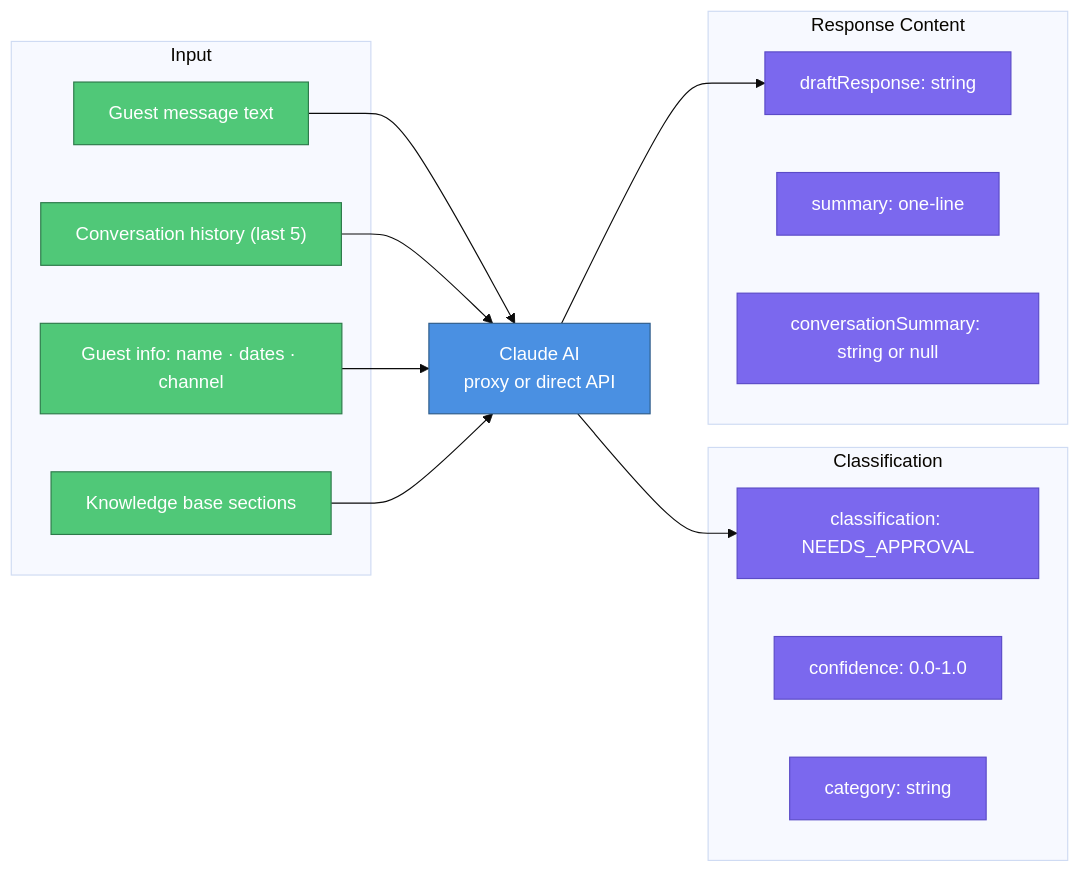
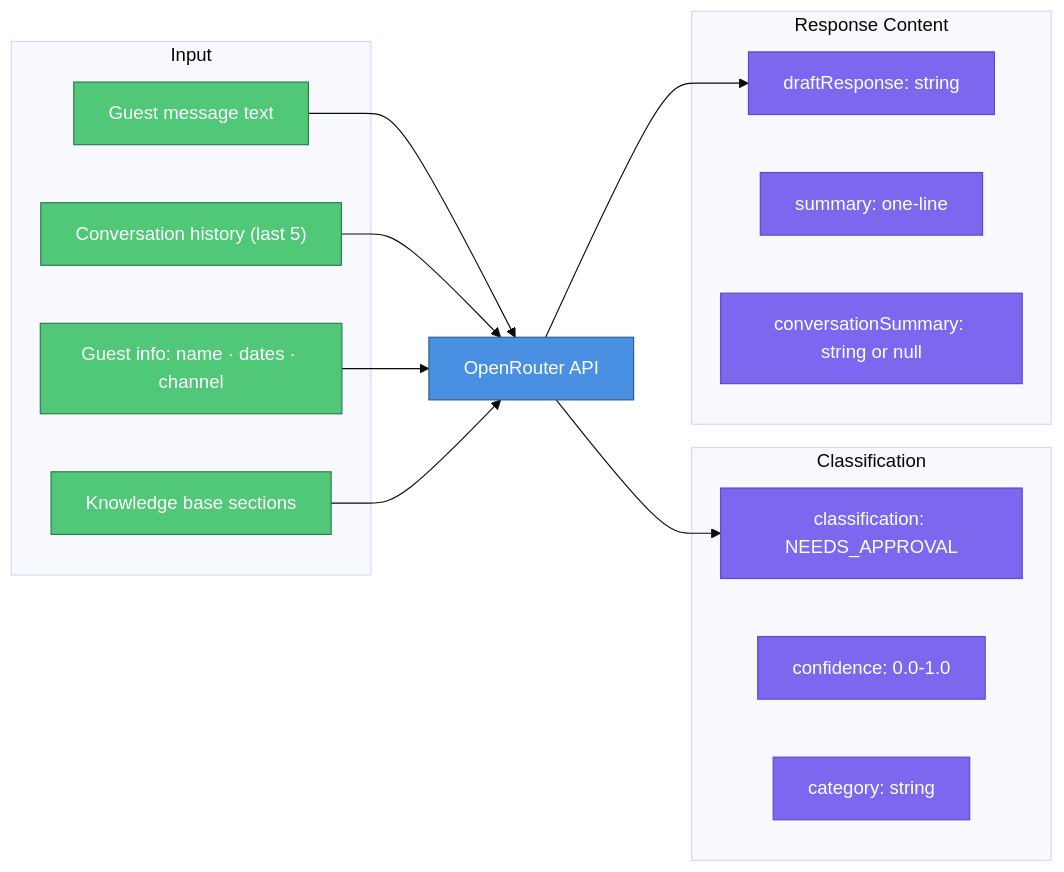
One commit to viiqswim/vlre-ai-employee changed the eighth of 11 diagrams in docs/2026-03-18-1312-architecture.md. Above: the diagram before and after it, drawn with Mermaid (base theme). The commit also changed other lines of this file and 4 other files, not shown here.

First line of the commit message:
docs: update docs and project structure for OpenRouter migration

````diff
--- a/docs/2026-03-18-1312-architecture.md
+++ b/docs/2026-03-18-1312-architecture.md
@@ -492,38 +486,38 @@
 ```mermaid
 flowchart LR
     subgraph Input["Input"]
         GM["Guest message text"]
         CH["Conversation history (last 5)"]
         GI["Guest info: name · dates · channel"]
         KB["Knowledge base sections"]
     end
 
-    CL["Claude AI\nproxy or direct API"]
+    CL["OpenRouter API"]
 
     subgraph Classification["Classification"]
         CLS["classification: NEEDS_APPROVAL"]
         CF["confidence: 0.0-1.0"]
         CAT["category: string"]
     end
 
     subgraph ResponseContent["Response Content"]
         DR["draftResponse: string"]
         SU["summary: one-line"]
         CS["conversationSummary: string or null"]
     end
 
     GM --> CL
     CH --> CL
     GI --> CL
     KB --> CL
     CL --> CLS
     CL --> DR
 
     classDef service fill:#4A90E2,stroke:#2E5C8A,color:#fff
     classDef event fill:#50C878,stroke:#2D7A4A,color:#fff
     classDef storage fill:#7B68EE,stroke:#5B4BC7,color:#fff
 
     class CL service
     class GM,CH,GI,KB event
     class CLS,CF,CAT,DR,SU,CS storage
 ```
````
